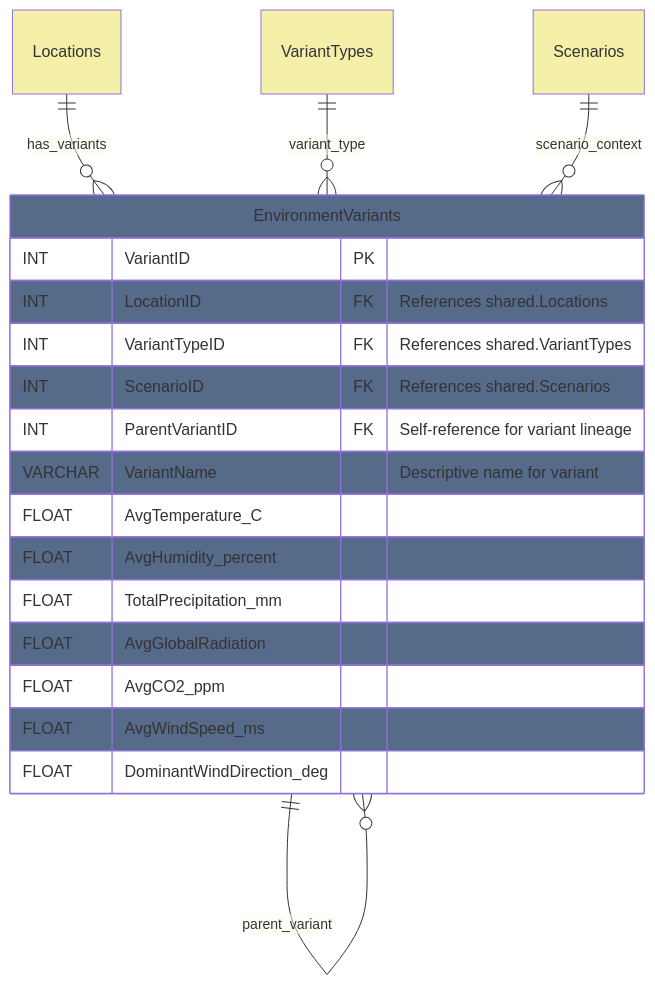
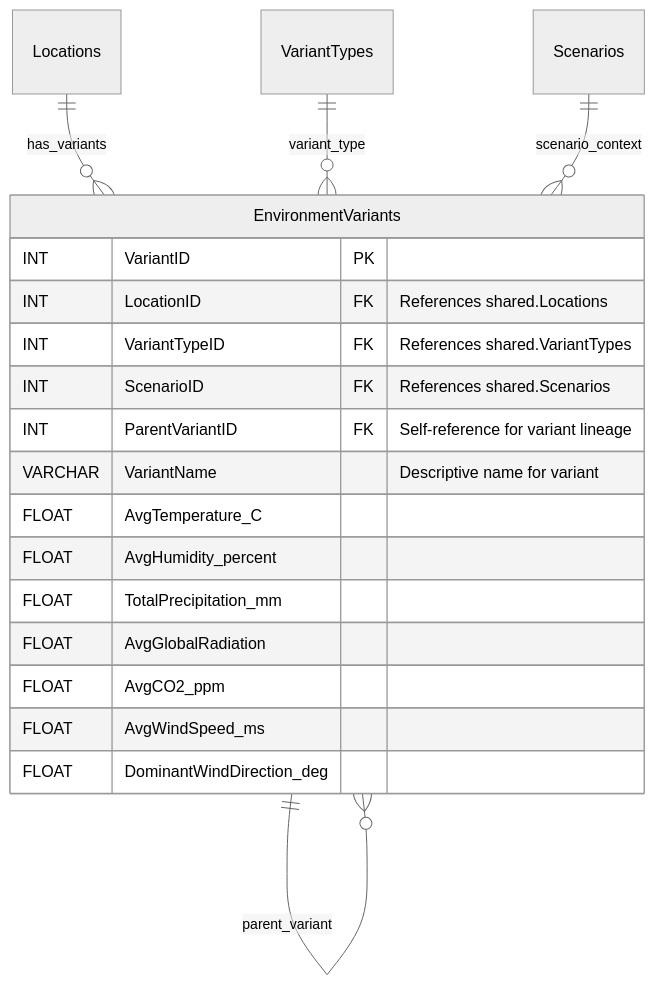
Before and after one commit to XRFutureForests/digital-twin-db: the eighth of 8 diagrams in docs/architecture/database.md, drawn with Mermaid. The commit also changed other lines of this file and 3 other files, not shown here.

````diff
--- a/docs/architecture/database.md
+++ b/docs/architecture/database.md
@@ -301,32 +335,30 @@
 ```mermaid
+%%{init: {
+  "theme": "neutral"
+}}%%
 erDiagram
     Locations
     VariantTypes
     Scenarios
 
     EnvironmentVariants {
         INT VariantID PK
         INT LocationID FK "References shared.Locations"
         INT VariantTypeID FK "References shared.VariantTypes"
         INT ScenarioID FK "References shared.Scenarios"
         INT ParentVariantID FK "Self-reference for variant lineage"
         VARCHAR VariantName "Descriptive name for variant"
         FLOAT AvgTemperature_C
         FLOAT AvgHumidity_percent
         FLOAT TotalPrecipitation_mm
         FLOAT AvgGlobalRadiation
         FLOAT AvgCO2_ppm
         FLOAT AvgWindSpeed_ms
         FLOAT DominantWindDirection_deg
     }
 
     Locations ||--o{ EnvironmentVariants : has_variants
     VariantTypes ||--o{ EnvironmentVariants : variant_type
     Scenarios ||--o{ EnvironmentVariants : scenario_context
     EnvironmentVariants ||--o{ EnvironmentVariants : parent_variant
-
-    classDef shared fill:#F4EFA9
-    classDef environment fill:#566b8a
-    class Locations,VariantTypes,Scenarios shared
-    class EnvironmentVariants environment
 ```
````
